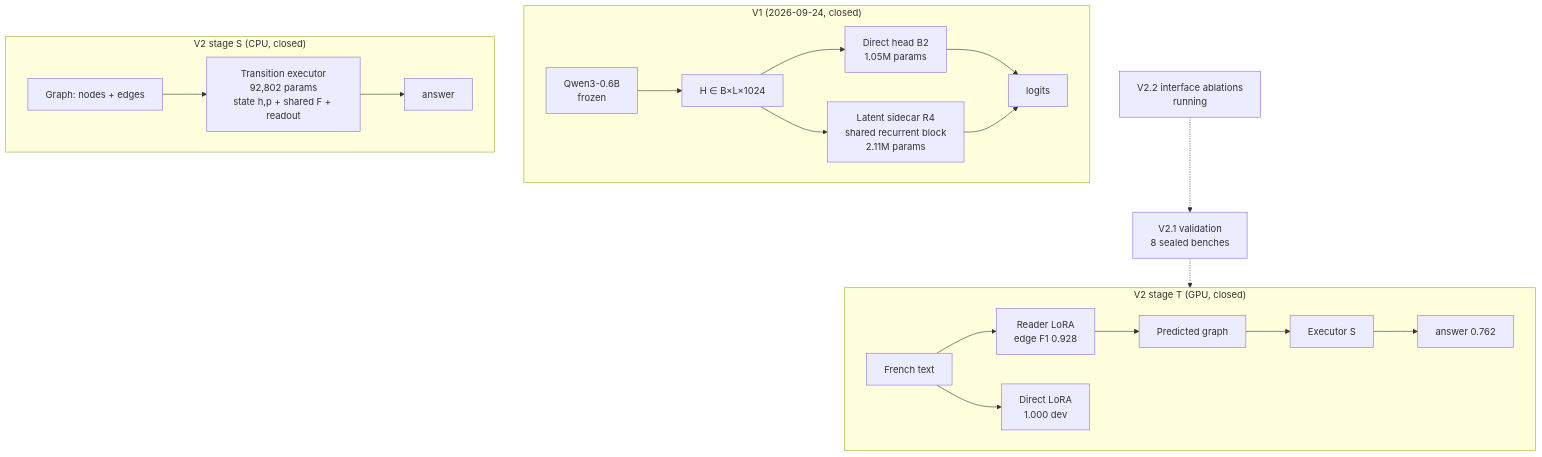
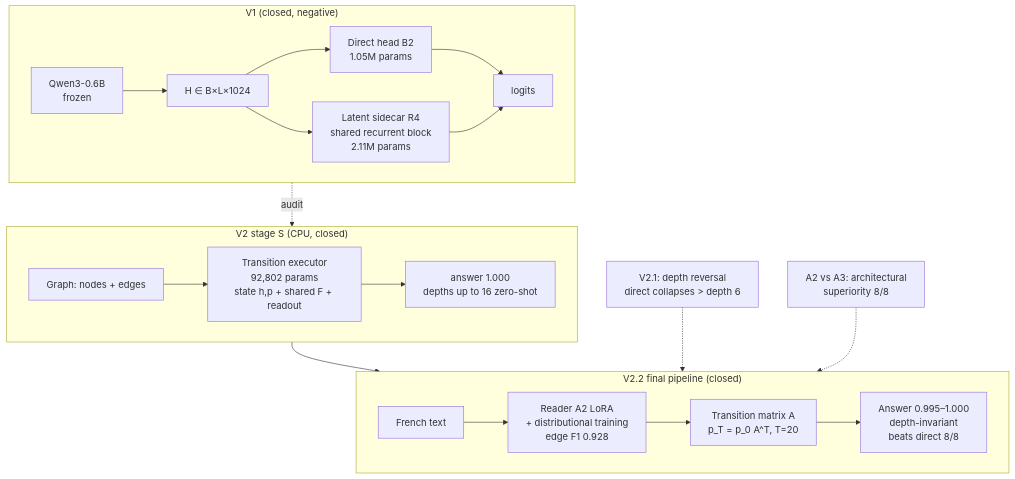
One commit to cgarrot/decision-coprocessor-paper changed the diagram in README.md. Above: the diagram before and after it, drawn with Mermaid. The commit also changed other lines of this file and 44 other files, not shown here.

First line of the commit message:
Final update: V2.2 closed (A2 PASS, A3 architectural superiority, router bound, costs)

````diff
--- a/README.md
+++ b/README.md
@@ -74,21 +79,23 @@
 ```mermaid
 flowchart TB
-    subgraph V1["V1 (2026-09-24, closed)"]
+    subgraph V1["V1 (closed, negative)"]
         B[Qwen3-0.6B<br/>frozen] --> H[H ∈ B×L×1024]
         H --> DH[Direct head B2<br/>1.05M params]
         H --> SC[Latent sidecar R4<br/>shared recurrent block<br/>2.11M params]
         DH --> L1[logits]
         SC --> L1
     end
     subgraph V2S["V2 stage S (CPU, closed)"]
         G[Graph: nodes + edges] --> EX[Transition executor<br/>92,802 params<br/>state h,p + shared F + readout]
-        EX --> A1[answer]
+        EX --> A1[answer 1.000<br/>depths up to 16 zero-shot]
     end
-    subgraph V2T["V2 stage T (GPU, closed)"]
-        TX[French text] --> RD[Reader LoRA<br/>edge F1 0.928] --> GR[Predicted graph]
-        TX --> DR[Direct LoRA<br/>1.000 dev]
-        GR --> EX2[Executor S] --> A2[answer 0.762]
+    subgraph V22["V2.2 final pipeline (closed)"]
+        TX[French text] --> RD[Reader A2 LoRA<br/>+ distributional training<br/>edge F1 0.928]
+        RD --> A[Transition matrix A<br/>p_T = p_0 A^T, T=20]
+        A --> PP[Answer 0.995–1.000<br/>depth-invariant<br/>beats direct 8/8]
     end
-    V2.1[V2.1 validation<br/>8 sealed benches] -.-> V2T
-    V2.2[V2.2 interface ablations<br/>running] -.-> V2.1
+    V1 -. audit .-> V2S
+    V2S --> V22
+    V2.1[V2.1: depth reversal<br/>direct collapses > depth 6] -.-> V22
+    V2.2b[A2 vs A3: architectural<br/>superiority 8/8] -.-> V22
 ```
````
